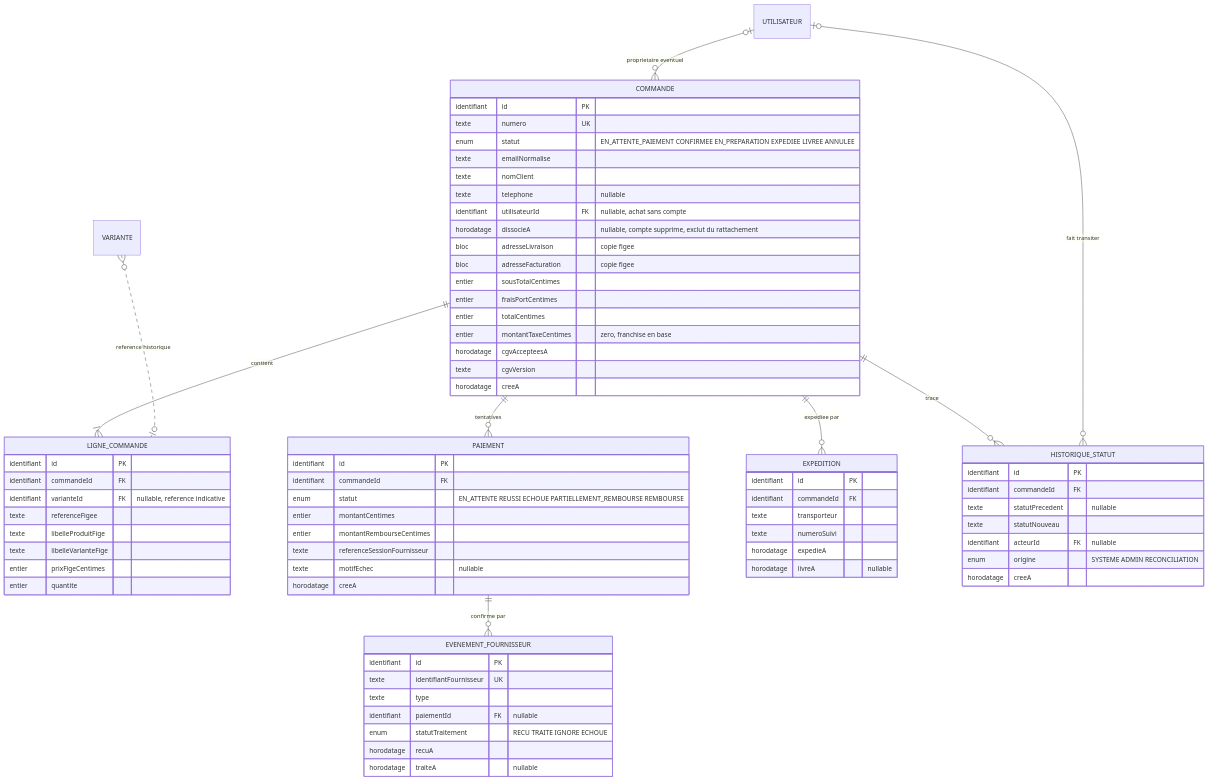
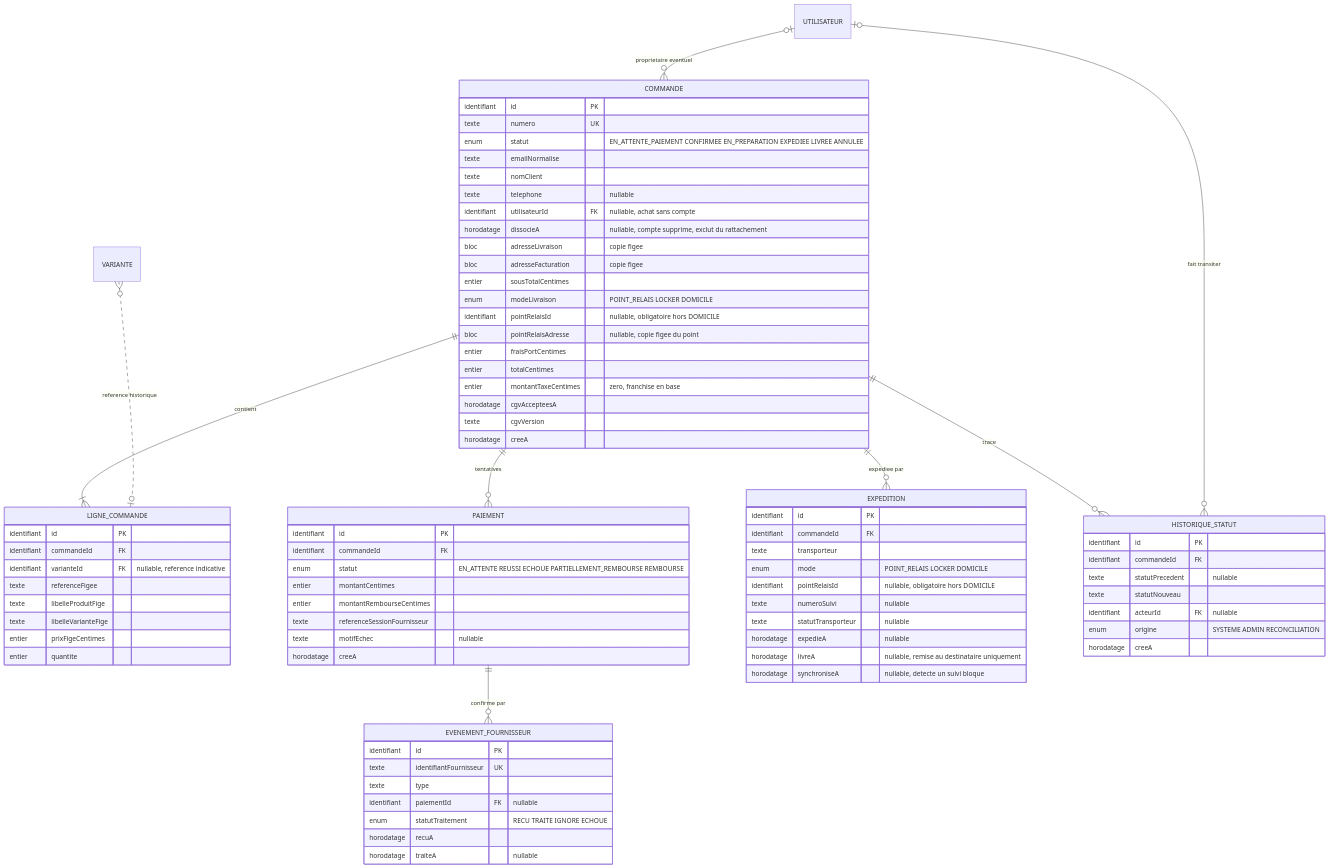
Before and after one commit to krismos64/lune-soleil: the fourth of 9 diagrams in docs/architecture/MODELE-CONCEPTUEL.md, drawn with Mermaid. The commit also changed other lines of this file and 7 other files, not shown here.

First line of the commit message:
feat: ADR-025, ajouter la livraison a domicile et consolider le modele produit

```diff
--- a/docs/architecture/MODELE-CONCEPTUEL.md
+++ b/docs/architecture/MODELE-CONCEPTUEL.md
@@ -373,6 +378,9 @@
         bloc adresseLivraison "copie figee"
         bloc adresseFacturation "copie figee"
         entier sousTotalCentimes
+        enum modeLivraison "POINT_RELAIS LOCKER DOMICILE"
+        identifiant pointRelaisId "nullable, obligatoire hors DOMICILE"
+        bloc pointRelaisAdresse "nullable, copie figee du point"
         entier fraisPortCentimes
         entier totalCentimes
         entier montantTaxeCentimes "zero, franchise en base"
@@ -413,9 +421,13 @@
         identifiant id PK
         identifiant commandeId FK
         texte transporteur
-        texte numeroSuivi
-        horodatage expedieA
-        horodatage livreA "nullable"
+        enum mode "POINT_RELAIS LOCKER DOMICILE"
+        identifiant pointRelaisId "nullable, obligatoire hors DOMICILE"
+        texte numeroSuivi "nullable"
+        texte statutTransporteur "nullable"
+        horodatage expedieA "nullable"
+        horodatage livreA "nullable, remise au destinataire uniquement"
+        horodatage synchroniseA "nullable, detecte un suivi bloque"
     }
     HISTORIQUE_STATUT {
         identifiant id PK
```
